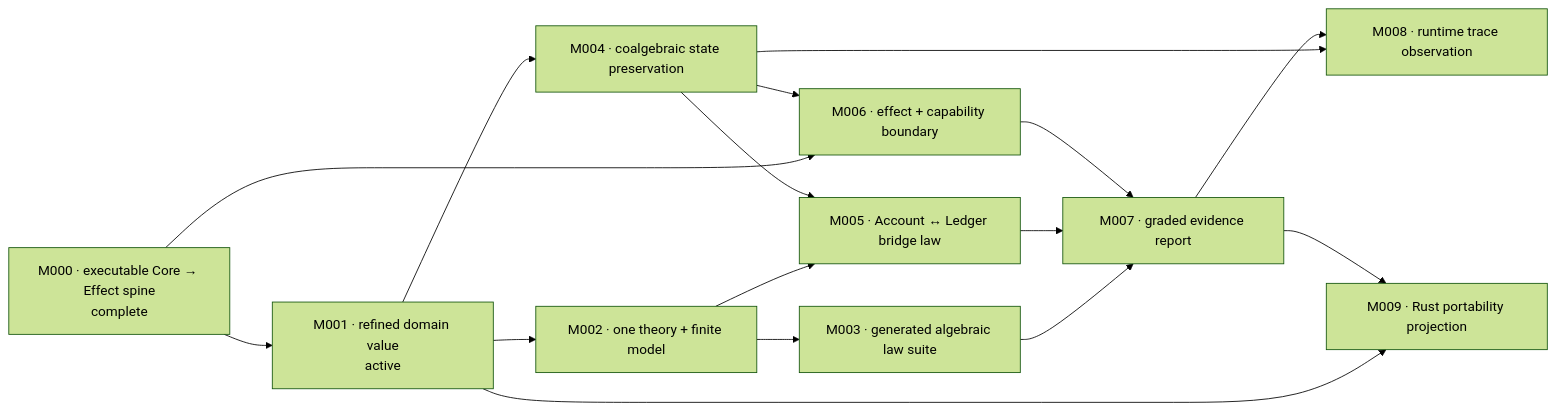
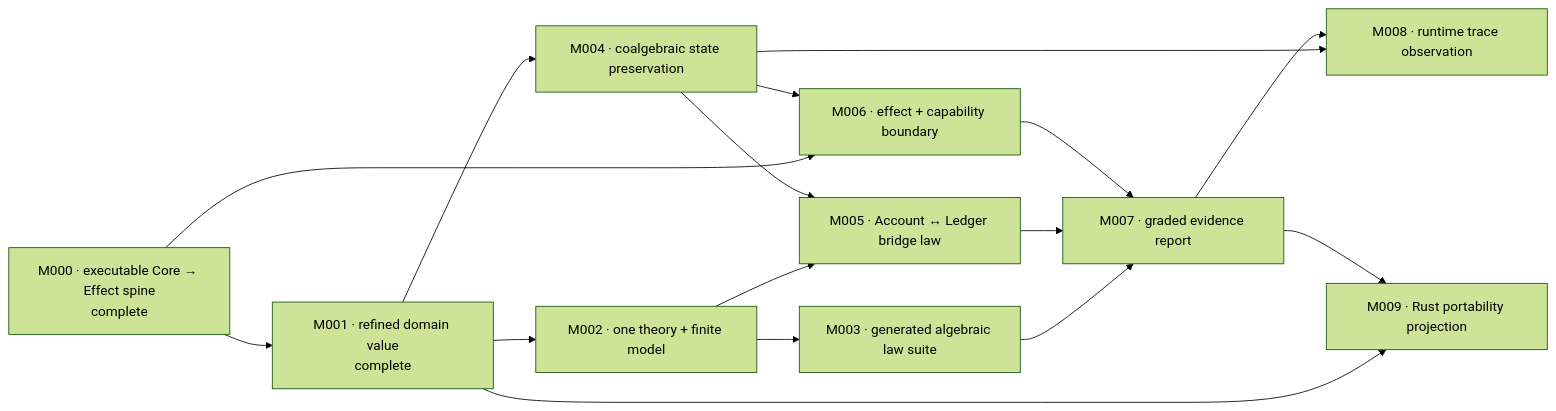
One commit to phibkro/bang-project changed the diagram in CAPABILITIES.md. Above: the diagram before and after it, drawn with Mermaid (forest theme). The commit also changed other lines of this file and 2 other files, not shown here.

Commit message:
docs: record M001 evidence

````diff
--- a/CAPABILITIES.md
+++ b/CAPABILITIES.md
@@ -5,27 +5,27 @@
 ```mermaid
 flowchart LR
     M000["M000 · executable Core → Effect spine<br/>complete"]
-    M001["M001 · refined domain value<br/>active"]
+    M001["M001 · refined domain value<br/>complete"]
     M002["M002 · one theory + finite model"]
     M003["M003 · generated algebraic law suite"]
     M004["M004 · coalgebraic state preservation"]
     M005["M005 · Account ↔ Ledger bridge law"]
     M006["M006 · effect + capability boundary"]
     M007["M007 · graded evidence report"]
     M008["M008 · runtime trace observation"]
     M009["M009 · Rust portability projection"]
 
     M000 --> M001 --> M002 --> M003
     M001 --> M004
     M002 --> M005
     M004 --> M005
     M000 --> M006
     M004 --> M006
     M003 --> M007
     M005 --> M007
     M006 --> M007
     M004 --> M008
     M007 --> M008
     M001 --> M009
     M007 --> M009
 ```
````
